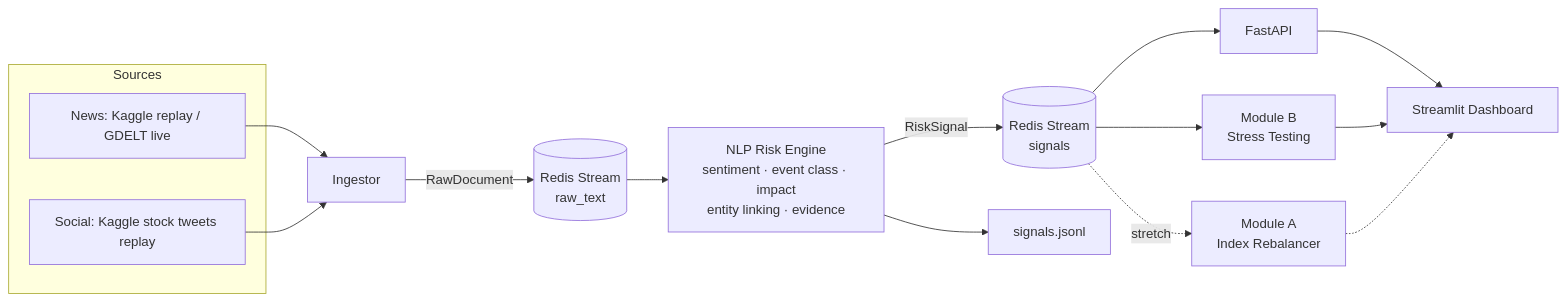
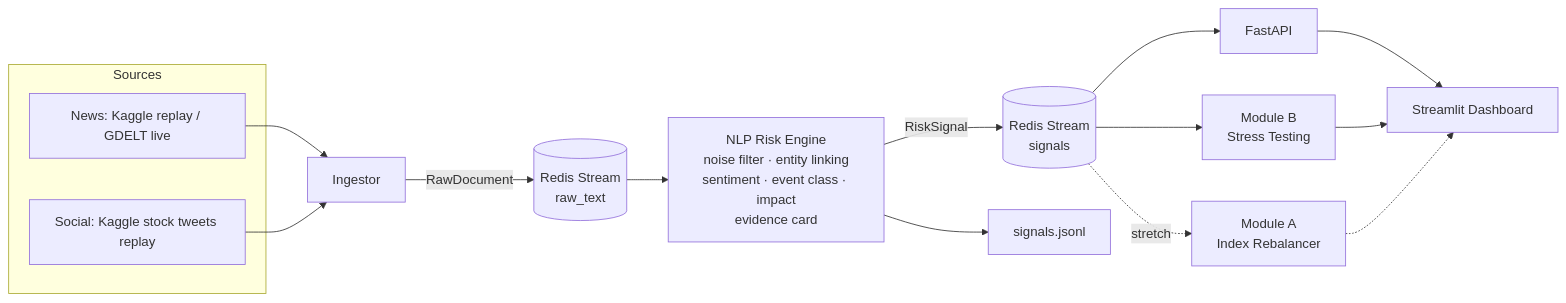
Before and after one commit to YashKumarSharma646/thapar-yash-kumar-sharma-hackathon: the diagram in docs/architecture.md, drawn with Mermaid. The commit also changed other lines of this file and 25 other files, not shown here.

First line of the commit message:
Day 2: replay ingestor, baseline NLP risk engine, live dashboard

````diff
--- a/docs/architecture.md
+++ b/docs/architecture.md
@@ -3,19 +3,19 @@
 ```mermaid
 flowchart LR
     subgraph Sources
         N[News: Kaggle replay / GDELT live]
         S[Social: Kaggle stock tweets replay]
     end
     N --> I[Ingestor]
     S --> I
     I -- RawDocument --> R1[(Redis Stream<br/>raw_text)]
-    R1 --> E[NLP Risk Engine<br/>sentiment · event class · impact<br/>entity linking · evidence]
+    R1 --> E[NLP Risk Engine<br/>noise filter · entity linking<br/>sentiment · event class · impact<br/>evidence card]
     E -- RiskSignal --> R2[(Redis Stream<br/>signals)]
     E --> F[signals.jsonl]
     R2 --> API[FastAPI]
     R2 --> B[Module B<br/>Stress Testing]
     R2 -.stretch.-> A[Module A<br/>Index Rebalancer]
     API --> D[Streamlit Dashboard]
     B --> D
     A -.-> D
 ```
````
